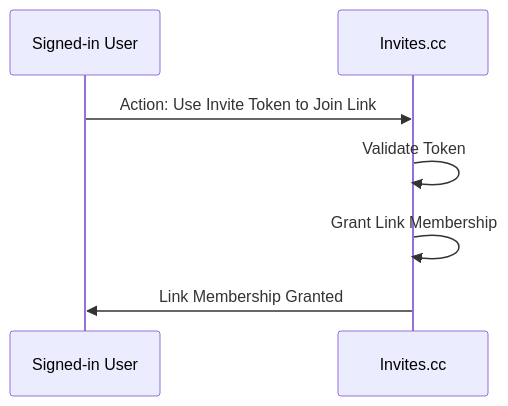
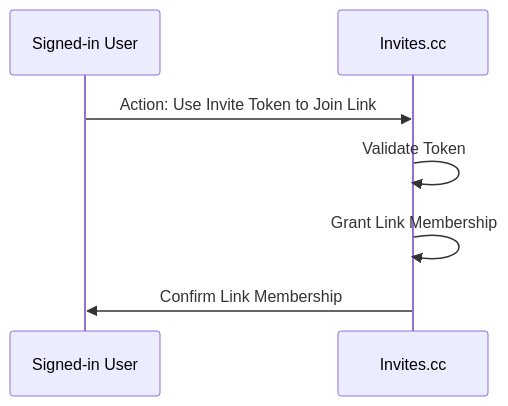
Before and after one commit to ichilabs/invites.cc: the sixth of 13 diagrams in docs/design-doc.md, drawn with Mermaid. The commit also changed other lines of this file, not shown here.

````diff
--- a/docs/design-doc.md
+++ b/docs/design-doc.md
@@ -96,10 +243,10 @@
 ```mermaid
 sequenceDiagram
     participant User as Signed-in User
     participant Invites as Invites.cc
     
     User ->> Invites: Action: Use Invite Token to Join Link
     Invites ->> Invites: Validate Token
     Invites ->> Invites: Grant Link Membership
-    Invites ->> User: Link Membership Granted
+    Invites ->> User: Confirm Link Membership
 ```
````
